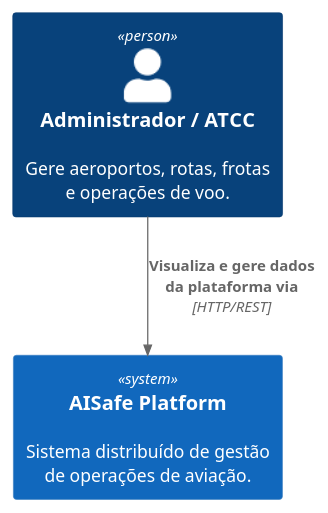
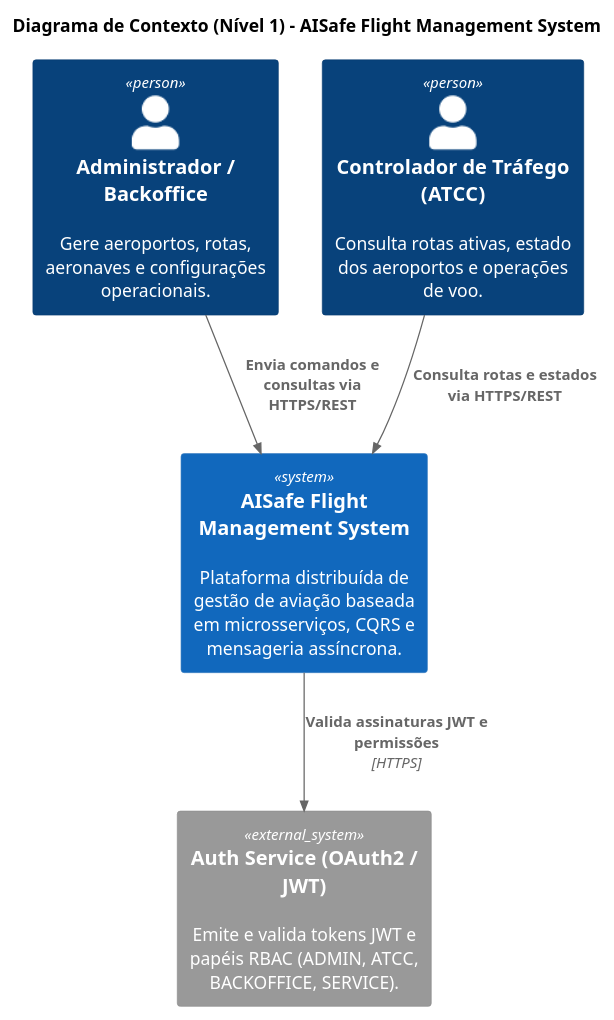
One commit to jvonhafe/LETI_1241237_SIDIS_2026 changed the diagram in airportRoutes-service/docs/c4_level1_context.puml. Above: the diagram before and after it, drawn with PlantUML. The commit also changed 33 other files, not shown here.

```diff
--- a/airportRoutes-service/docs/c4_level1_context.puml
+++ b/airportRoutes-service/docs/c4_level1_context.puml
@@ -1,8 +1,16 @@
-@startuml
+@startuml C4_Level1_Context
 !include https://raw.githubusercontent.com/plantuml-stdlib/C4-PlantUML/master/C4_Context.puml
 
-Person(user, "Administrador / ATCC", "Gere aeroportos, rotas, frotas e operações de voo.")
-System(platform, "AISafe Platform", "Sistema distribuído de gestão de operações de aviação.")
+title Diagrama de Contexto (Nível 1) - AISafe Flight Management System
 
-Rel(user, platform, "Visualiza e gere dados da plataforma via", "HTTP/REST")
+Person(admin, "Administrador / Backoffice", "Gere aeroportos, rotas, aeronaves e configurações operacionais.")
+Person(atcc, "Controlador de Tráfego (ATCC)", "Consulta rotas ativas, estado dos aeroportos e operações de voo.")
+
+System(aisafe, "AISafe Flight Management System", "Plataforma distribuída de gestão de aviação baseada em microsserviços, CQRS e mensageria assíncrona.")
+System_Ext(auth, "Auth Service (OAuth2 / JWT)", "Emite e valida tokens JWT e papéis RBAC (ADMIN, ATCC, BACKOFFICE, SERVICE).")
+
+Rel(admin, aisafe, "Envia comandos e consultas via HTTPS/REST")
+Rel(atcc, aisafe, "Consulta rotas e estados via HTTPS/REST")
+Rel(aisafe, auth, "Valida assinaturas JWT e permissões", "HTTPS")
+
 @enduml
```
